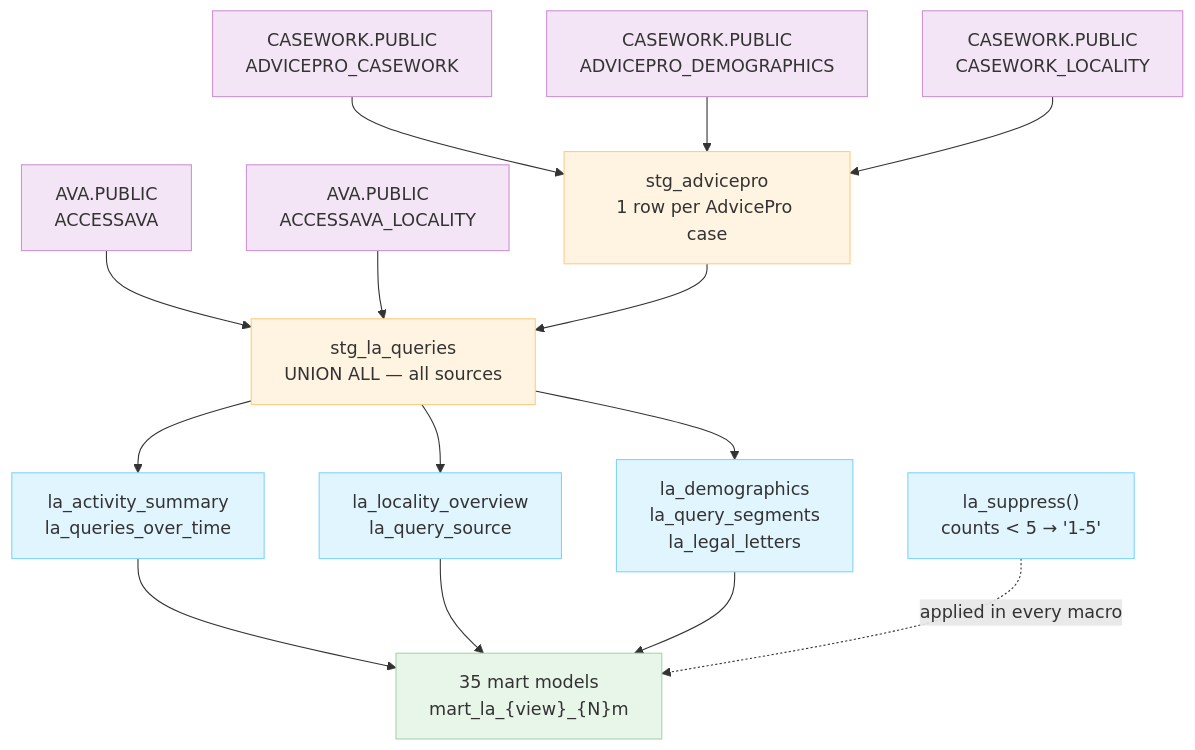
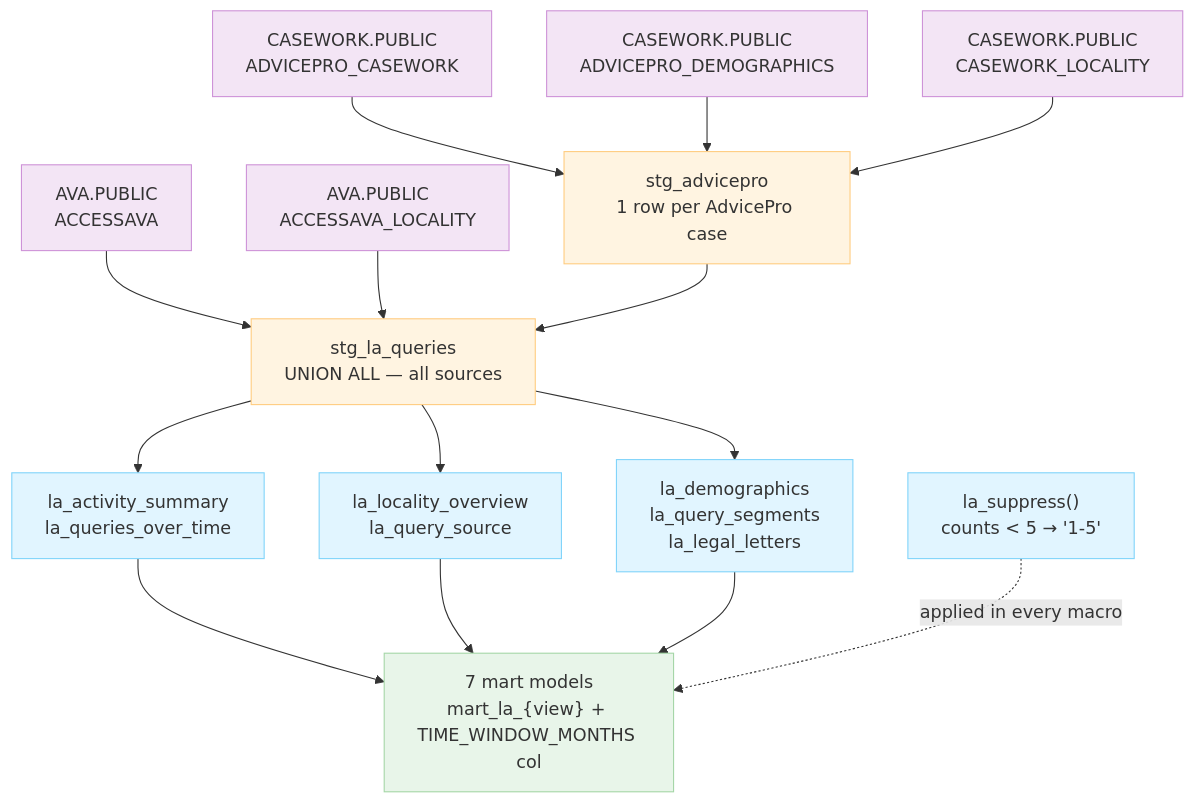
One commit to access-social-care/dbt-asc changed the second of 2 diagrams in README.md. Above: the diagram before and after it, drawn with Mermaid. The commit also changed other lines of this file and 54 other files, not shown here.

````diff
--- a/README.md
+++ b/README.md
@@ -211,37 +211,37 @@
 ```mermaid
 graph TD
     CWORK["CASEWORK.PUBLIC<br>ADVICEPRO_CASEWORK"]:::source
     DEMO["CASEWORK.PUBLIC<br>ADVICEPRO_DEMOGRAPHICS"]:::source
     LOC["CASEWORK.PUBLIC<br>CASEWORK_LOCALITY"]:::source
     AAVA["AVA.PUBLIC<br>ACCESSAVA"]:::source
     AVLOC["AVA.PUBLIC<br>ACCESSAVA_LOCALITY"]:::source
 
     SADV["stg_advicepro<br>1 row per AdvicePro case"]:::product
     SLQ["stg_la_queries<br>UNION ALL — all sources"]:::product
 
     M1["la_activity_summary<br>la_queries_over_time"]:::process
     M2["la_locality_overview<br>la_query_source"]:::process
     M3["la_demographics<br>la_query_segments<br>la_legal_letters"]:::process
     SUPP["la_suppress()<br>counts < 5 → '1-5'"]:::process
 
-    MART["35 mart models<br>mart_la_{view}_{N}m"]:::final
+    MART["7 mart models<br>mart_la_{view} + TIME_WINDOW_MONTHS col"]:::final
 
     CWORK --> SADV
     DEMO --> SADV
     LOC --> SADV
     AAVA --> SLQ
     AVLOC --> SLQ
     SADV --> SLQ
     SLQ --> M1
     SLQ --> M2
     SLQ --> M3
     M1 --> MART
     M2 --> MART
     M3 --> MART
     SUPP -.->|"applied in every macro"| MART
 
     classDef source fill:#f3e5f5,stroke:#ce93d8
     classDef product fill:#fff4e1,stroke:#ffcc80
     classDef process fill:#e1f5ff,stroke:#81d4fa
     classDef final fill:#e8f5e9,stroke:#a5d6a7
 ```
````
